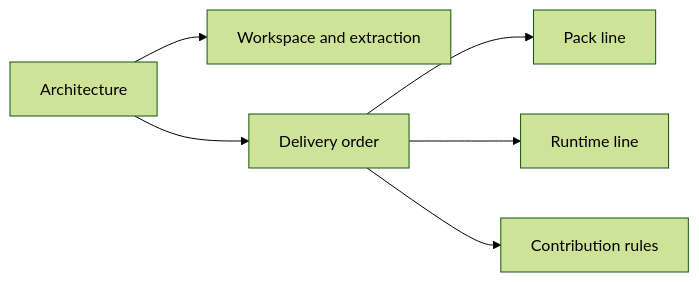
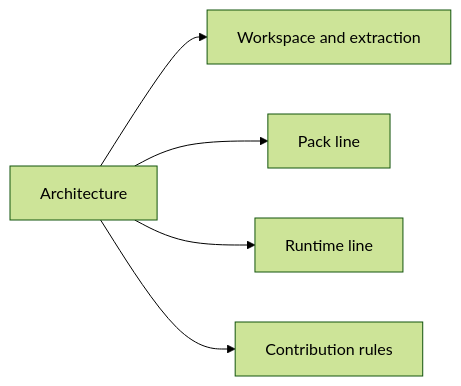
Before and after one commit to PickAID/LostCivilization: the diagram in docs/src/en-US/Developing/Catalogue.md, drawn with Mermaid (forest theme). The commit also changed other lines of this file and 98 other files, not shown here.

````diff
--- a/docs/src/en-US/Developing/Catalogue.md
+++ b/docs/src/en-US/Developing/Catalogue.md
@@ -11,8 +11,7 @@
 ```mermaid
 flowchart LR
     Architecture["Architecture"] --> Repositories["Workspace and extraction"]
-    Architecture --> Workflow["Delivery order"]
-    Workflow --> Modpacking["Pack line"]
-    Workflow --> Modding["Runtime line"]
-    Workflow --> Contribute["Contribution rules"]
+    Architecture --> Modpacking["Pack line"]
+    Architecture --> Modding["Runtime line"]
+    Architecture --> Contribute["Contribution rules"]
 ```
````
